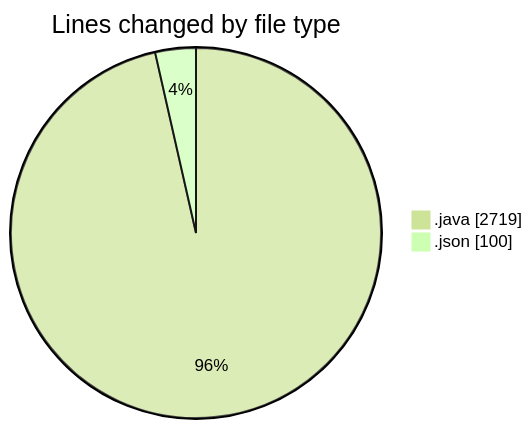
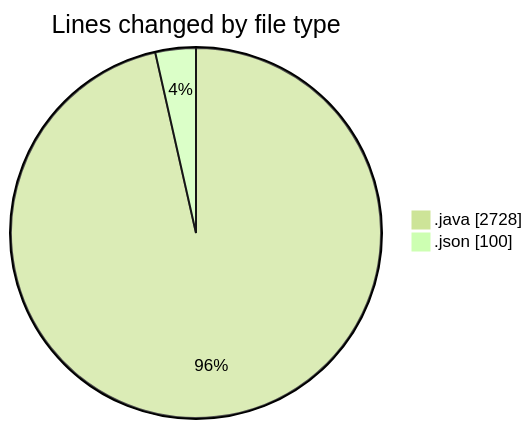
One commit to ricardozamudiocil/code-tracking changed the first of 2 diagrams in 2026-05-12/cilapp/README.md. Above: the diagram before and after it, drawn with Mermaid (forest theme). The commit also changed other lines of this file and 1 other file, not shown here.

````diff
--- a/2026-05-12/cilapp/README.md
+++ b/2026-05-12/cilapp/README.md
@@ -28,6 +28,6 @@
 ```mermaid
 pie showData
 title Lines changed by file type
-".java" : 2719
+".java" : 2728
 ".json" : 100
 ```
````
